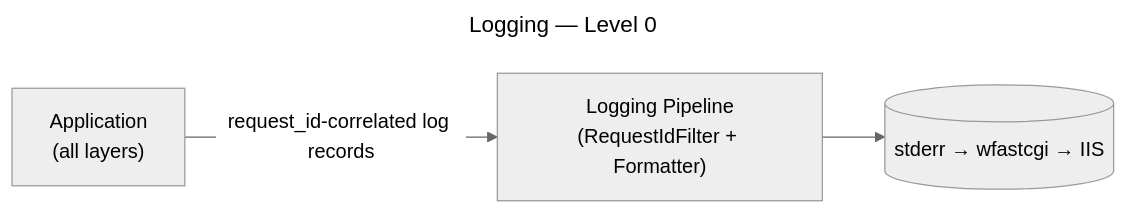
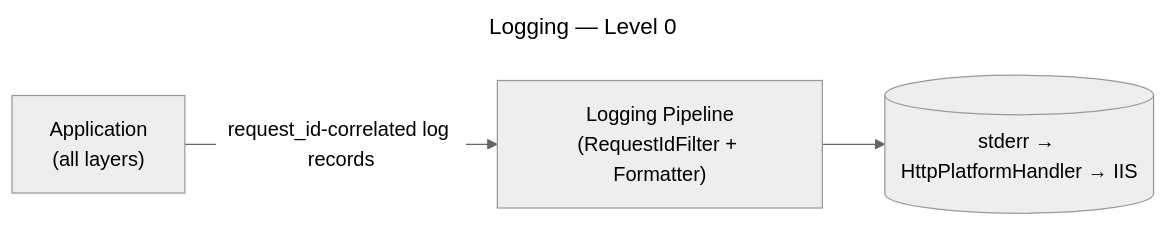
One commit to LewisCM14/django_auth changed the eighth of 11 diagrams in docs/spec.md. Above: the diagram before and after it, drawn with Mermaid (neutral theme). The commit also changed other lines of this file and 4 other files, not shown here.

````diff
--- a/docs/spec.md
+++ b/docs/spec.md
@@ -586,14 +590,14 @@
 ```mermaid
 ---
 title: Logging — Level 0
 ---
 flowchart LR
     APP["`Application
 (all layers)`"]
     PIPE["`Logging Pipeline
 (RequestIdFilter + Formatter)`"]
-    OUT[("`stderr → wfastcgi → IIS`")]
+    OUT[("`stderr → HttpPlatformHandler → IIS`")]
 
     APP -->|"request_id-correlated log records"| PIPE
     PIPE --> OUT
 ```
````
